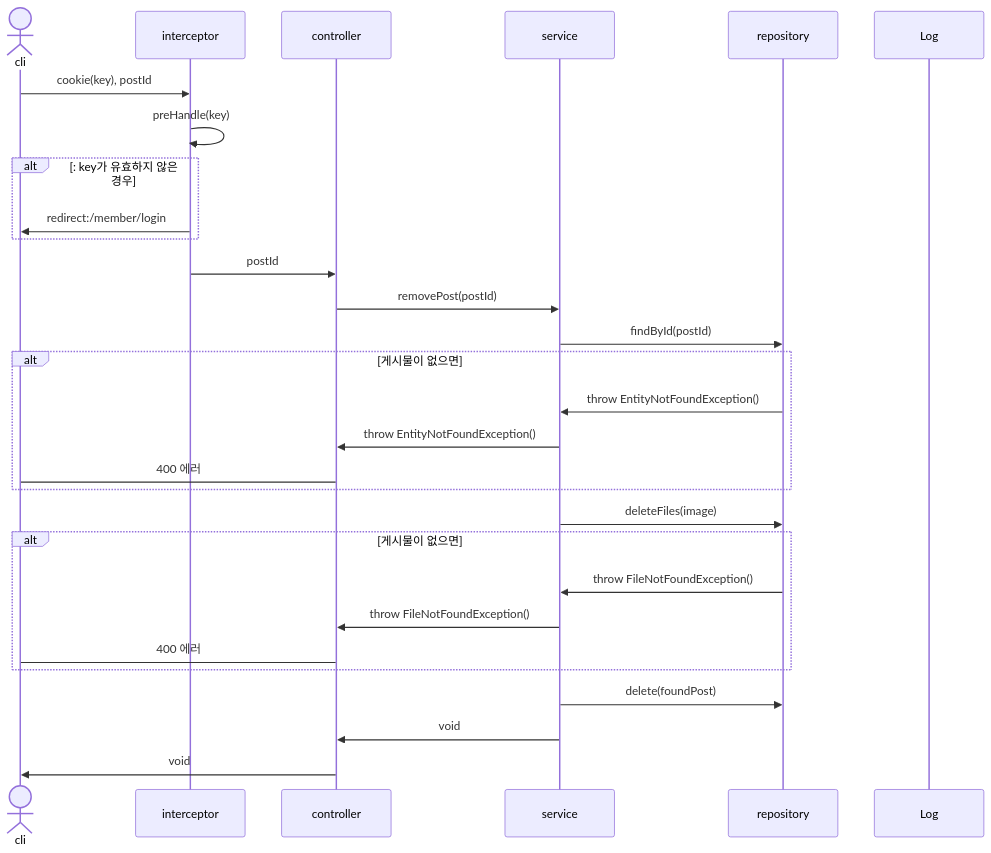
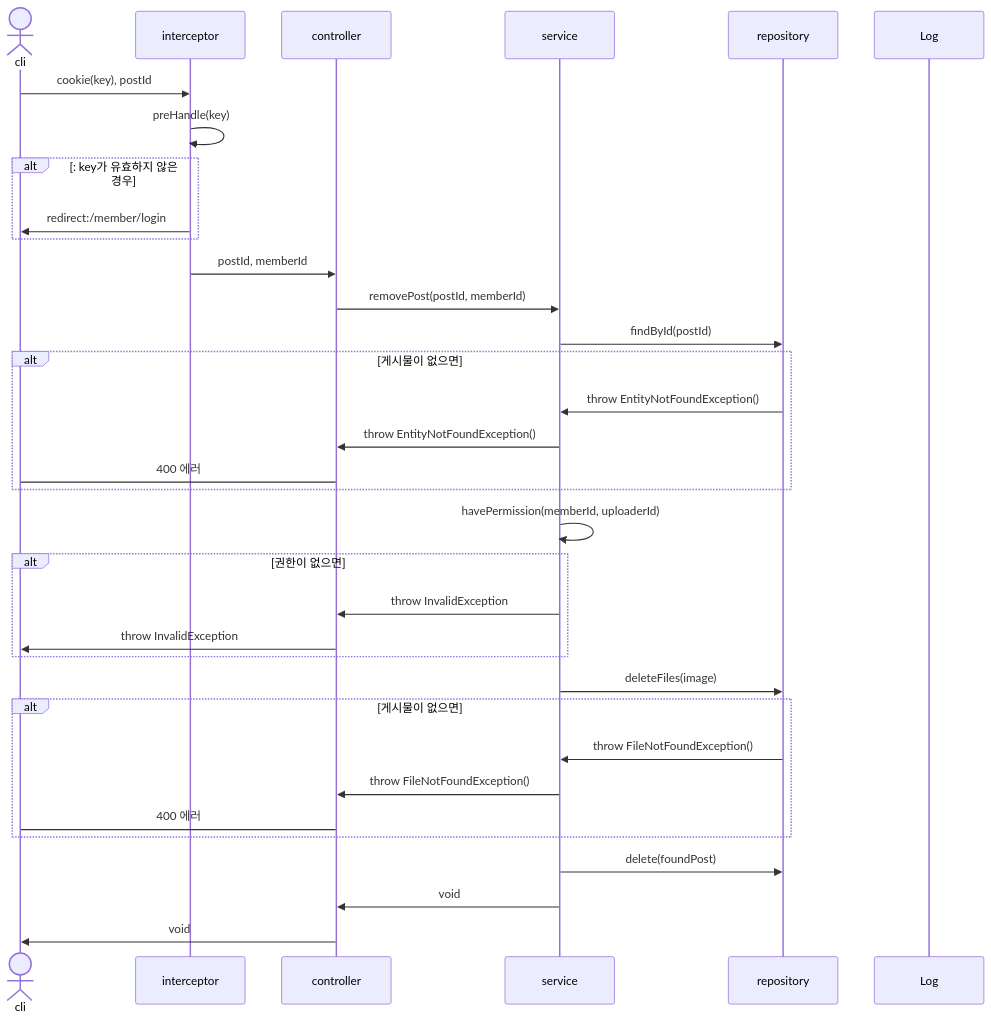
Before and after one commit to mtak0235/snsX: diagram 20 of 32 in sequence.md, drawn with Mermaid. The commit also changed 6 other files, not shown here.

````diff
--- a/sequence.md
+++ b/sequence.md
@@ -478,32 +478,37 @@
 ```mermaid
 sequenceDiagram
 actor cli
 participant i as interceptor
 participant c as controller
 participant s as service
 participant r as repository
 participant l as Log
 
 cli->>i: cookie(key), postId
 i->>i: preHandle(key)
 alt: key가 유효하지 않은 경우
 i->>cli: redirect:/member/login
 end
-i->>c: postId
-c->>s: removePost(postId)
+i->>c: postId, memberId
+c->>s: removePost(postId, memberId)
 s->>r: findById(postId)
 alt 게시물이 없으면
 r->>s: throw EntityNotFoundException()
 s->>c: throw EntityNotFoundException()
 c->cli: 400 에러
+end
+s->>s: havePermission(memberId, uploaderId)
+alt 권한이 없으면
+s->>c: throw InvalidException
+c->>cli: throw InvalidException
 end
 s->>r: deleteFiles(image)
 alt 게시물이 없으면
 r->>s: throw FileNotFoundException()
 s->>c: throw FileNotFoundException()
 c->cli: 400 에러
 end
 s->>r: delete(foundPost)
 s->>c: void
 c->>cli: void
 ```
````
